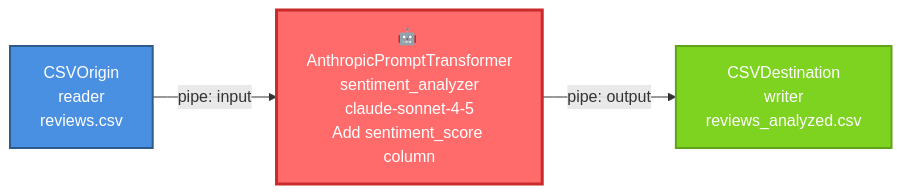
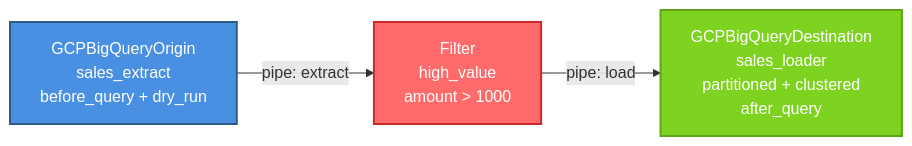
Before and after one commit to bernardo-colorado-dubois/open-stage: the fourth of 5 diagrams in README.md, drawn with Mermaid. The commit also changed other lines of this file and 6 other files, not shown here.

````diff
--- a/README.md
+++ b/README.md
@@ -354,9 +372,9 @@
 ```mermaid
 graph LR
-    A[CSVOrigin<br/>reader<br/>reviews.csv] -->|pipe: input| B[🤖 AnthropicPromptTransformer<br/>sentiment_analyzer<br/>claude-sonnet-4-5<br/>Add sentiment_score column]
-    B -->|pipe: output| C[CSVDestination<br/>writer<br/>reviews_analyzed.csv]
+    A[GCPBigQueryOrigin<br/>sales_extract<br/>before_query + dry_run] -->|pipe: extract| B[Filter<br/>high_value<br/>amount > 1000]
+    B -->|pipe: load| C[GCPBigQueryDestination<br/>sales_loader<br/>partitioned + clustered<br/>after_query]
     
     style A fill:#4A90E2,stroke:#2E5C8A,stroke-width:2px,color:#fff
-    style B fill:#FF6B6B,stroke:#C92A2A,stroke-width:3px,color:#fff
+    style B fill:#FF6B6B,stroke:#C92A2A,stroke-width:2px,color:#fff
     style C fill:#7ED321,stroke:#5FA319,stroke-width:2px,color:#fff
 ```
````
